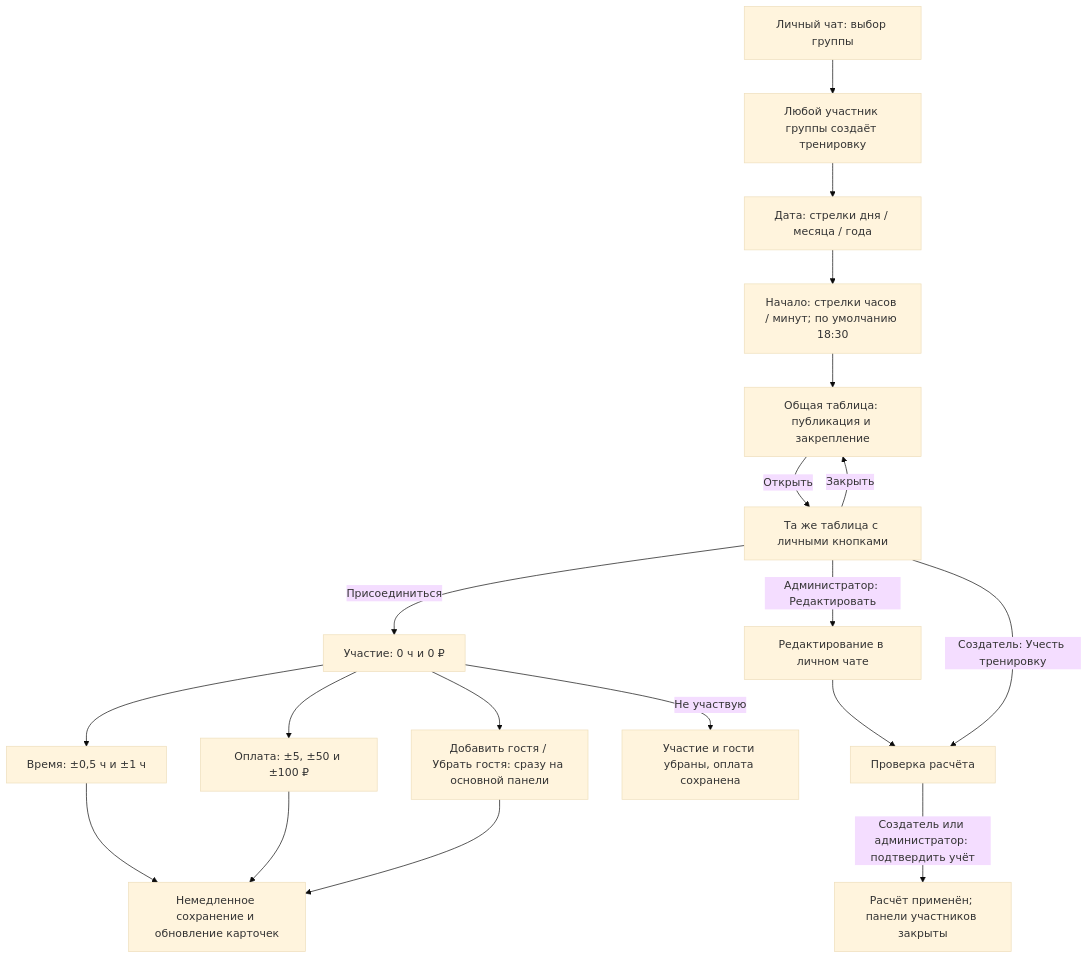
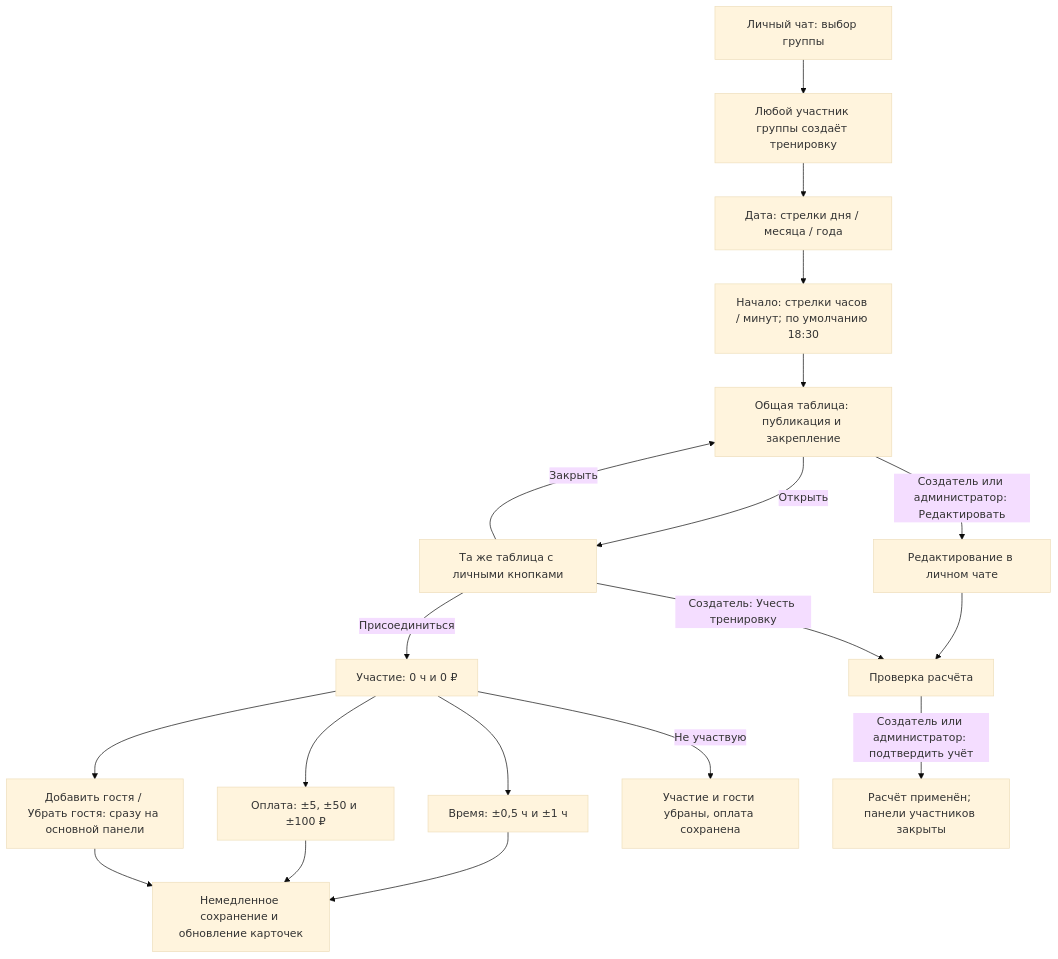
Before and after one commit to Romamor/tennis-split-bot: the first of 3 diagrams in docs/UI_FLOW_REVIEW.md, drawn with Mermaid (base theme). The commit also changed other lines of this file and 28 other files, not shown here.

````diff
--- a/docs/UI_FLOW_REVIEW.md
+++ b/docs/UI_FLOW_REVIEW.md
@@ -13,21 +13,21 @@
 ```mermaid
 flowchart TD
     Menu[Личный чат: выбор группы] --> Create[Любой участник группы создаёт тренировку]
     Create --> DatePicker[Дата: стрелки дня / месяца / года]
     DatePicker --> StartTime[Начало: стрелки часов / минут; по умолчанию 18:30]
     StartTime --> Public[Общая таблица: публикация и закрепление]
     Public -->|Открыть| Personal[Та же таблица с личными кнопками]
     Personal -->|Присоединиться| Joined[Участие: 0 ч и 0 ₽]
     Joined --> Time[Время: ±0,5 ч и ±1 ч]
     Joined --> Payment[Оплата: ±5, ±50 и ±100 ₽]
     Joined --> Guests[Добавить гостя / Убрать гостя: сразу на основной панели]
     Time --> Save[Немедленное сохранение и обновление карточек]
     Payment --> Save
     Guests --> Save
     Joined -->|Не участвую| Leave[Участие и гости убраны, оплата сохранена]
     Personal -->|Закрыть| Public
-    Personal -->|Администратор: Редактировать| Editor[Редактирование в личном чате]
+    Public -->|Создатель или администратор: Редактировать| Editor[Редактирование в личном чате]
     Editor --> Preview[Проверка расчёта]
     Personal -->|Создатель: Учесть тренировку| Preview
     Preview -->|Создатель или администратор: подтвердить учёт| Accounted[Расчёт применён; панели участников закрыты]
 ```
````
